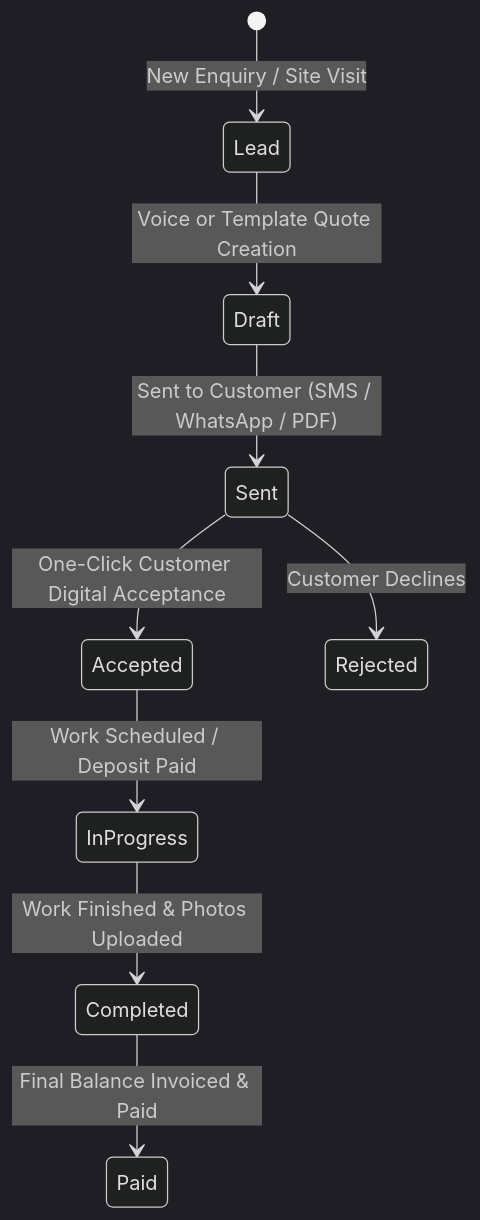
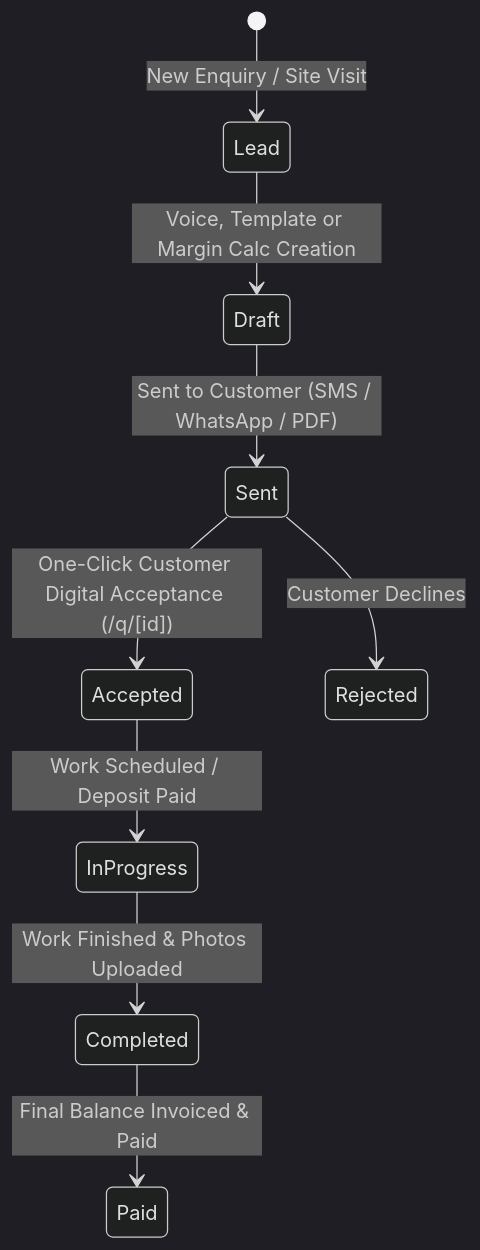
Before and after one commit to wazzheed79/builderbot: the diagram in AGENTS.md, drawn with Mermaid (dark theme). The commit also changed other lines of this file and 4 other files, not shown here.

Commit message:
Add voice-to-quote dictation, scope expander, 5 trade templates, margin calculator, and customer acceptance page

````diff
--- a/AGENTS.md
+++ b/AGENTS.md
@@ -30,11 +30,11 @@
 ```mermaid
 stateDiagram-v2
     [*] --> Lead: New Enquiry / Site Visit
-    Lead --> Draft: Voice or Template Quote Creation
+    Lead --> Draft: Voice, Template or Margin Calc Creation
     Draft --> Sent: Sent to Customer (SMS / WhatsApp / PDF)
-    Sent --> Accepted: One-Click Customer Digital Acceptance
+    Sent --> Accepted: One-Click Customer Digital Acceptance (/q/[id])
     Sent --> Rejected: Customer Declines
     Accepted --> InProgress: Work Scheduled / Deposit Paid
     InProgress --> Completed: Work Finished & Photos Uploaded
     Completed --> Paid: Final Balance Invoiced & Paid
 ```
````
